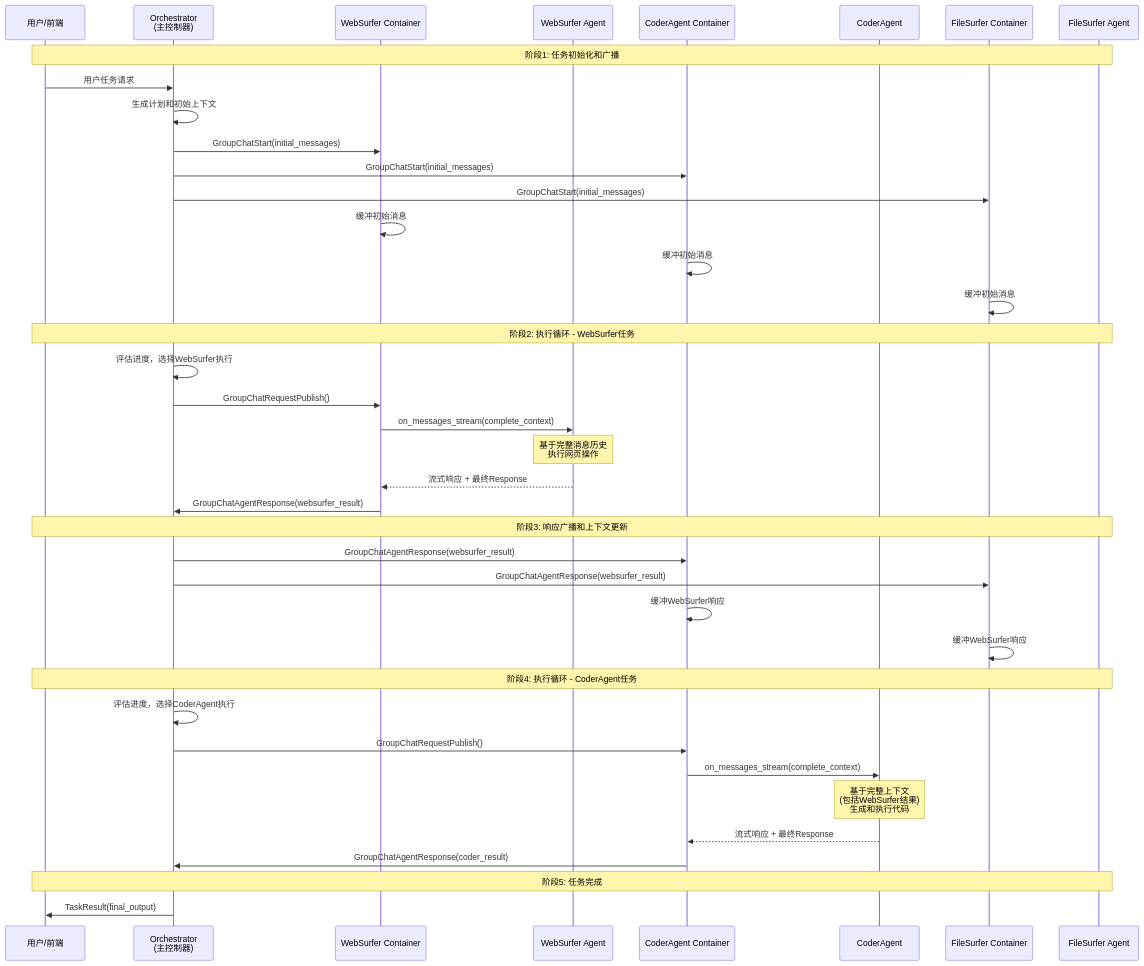
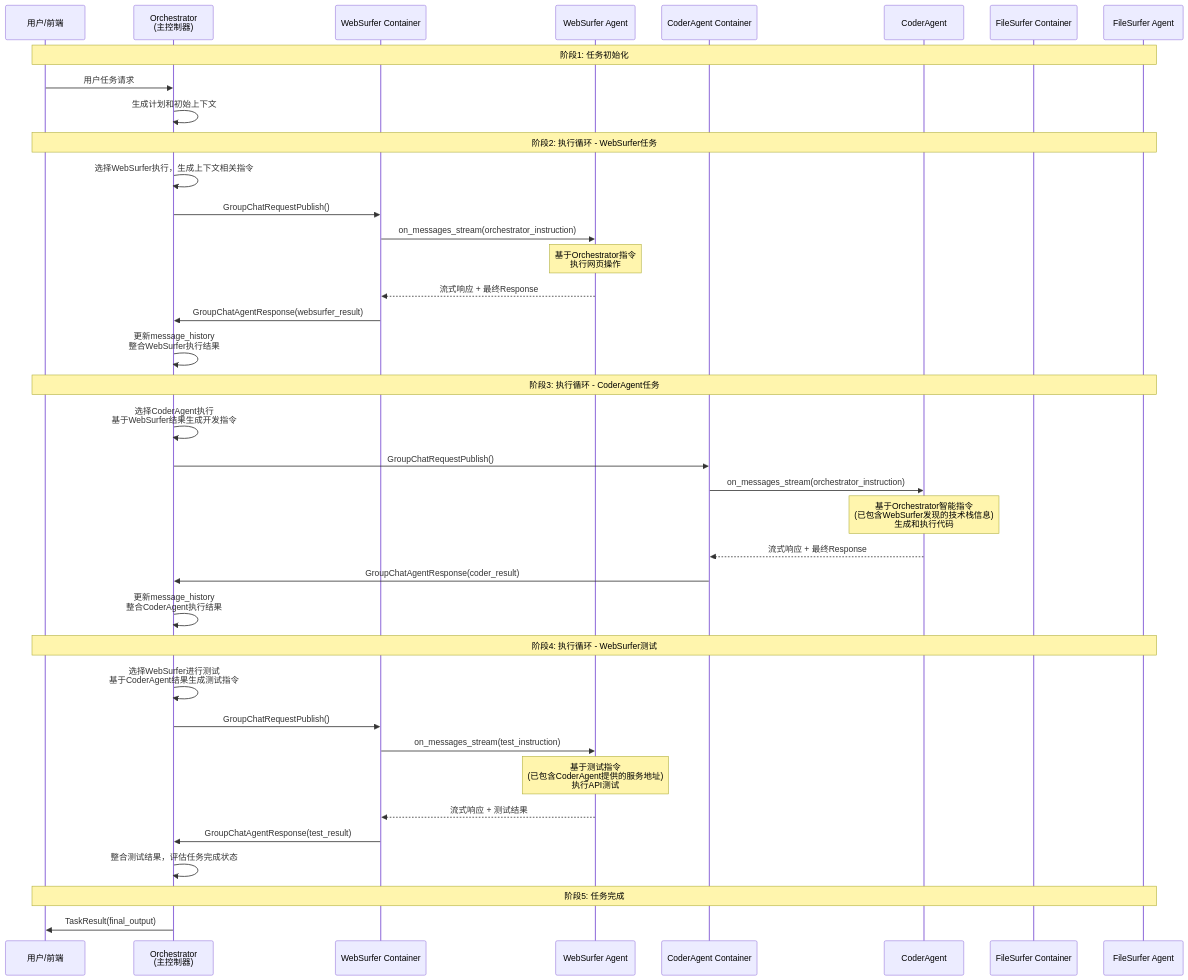
One commit to DrWrong/magentic-ui changed the sixth of 12 diagrams in magentic-ui-tech-sharing.md. Above: the diagram before and after it, drawn with Mermaid. The commit also changed other lines of this file, not shown here.

````diff
--- a/magentic-ui-tech-sharing.md
+++ b/magentic-ui-tech-sharing.md
@@ -757,53 +757,51 @@
 ```mermaid
 sequenceDiagram
     participant User as 用户/前端
     participant Orch as Orchestrator<br/>(主控制器)
     participant WSC as WebSurfer Container
     participant WS as WebSurfer Agent
     participant CC as CoderAgent Container  
     participant CA as CoderAgent
     participant FSC as FileSurfer Container
     participant FS as FileSurfer Agent
     
-    Note over User,FS: 阶段1: 任务初始化和广播
+    Note over User,FS: 阶段1: 任务初始化
     User->>Orch: 用户任务请求
     Orch->>Orch: 生成计划和初始上下文
     
-    Orch->>WSC: GroupChatStart(initial_messages)
-    Orch->>CC: GroupChatStart(initial_messages)
-    Orch->>FSC: GroupChatStart(initial_messages)
-    
-    WSC->>WSC: 缓冲初始消息
-    CC->>CC: 缓冲初始消息  
-    FSC->>FSC: 缓冲初始消息
-    
     Note over User,FS: 阶段2: 执行循环 - WebSurfer任务
-    Orch->>Orch: 评估进度，选择WebSurfer执行
+    Orch->>Orch: 选择WebSurfer执行，生成上下文相关指令
     Orch->>WSC: GroupChatRequestPublish()
     
-    WSC->>WS: on_messages_stream(complete_context)
-    Note over WS: 基于完整消息历史<br/>执行网页操作
+    WSC->>WS: on_messages_stream(orchestrator_instruction)
+    Note over WS: 基于Orchestrator指令<br/>执行网页操作
     WS-->>WSC: 流式响应 + 最终Response
     
     WSC->>Orch: GroupChatAgentResponse(websurfer_result)
+    Orch->>Orch: 更新message_history<br/>整合WebSurfer执行结果
     
-    Note over User,FS: 阶段3: 响应广播和上下文更新
-    Orch->>CC: GroupChatAgentResponse(websurfer_result)
-    Orch->>FSC: GroupChatAgentResponse(websurfer_result)
-    
-    CC->>CC: 缓冲WebSurfer响应
-    FSC->>FSC: 缓冲WebSurfer响应
-    
-    Note over User,FS: 阶段4: 执行循环 - CoderAgent任务
-    Orch->>Orch: 评估进度，选择CoderAgent执行
+    Note over User,FS: 阶段3: 执行循环 - CoderAgent任务
+    Orch->>Orch: 选择CoderAgent执行<br/>基于WebSurfer结果生成开发指令
     Orch->>CC: GroupChatRequestPublish()
     
-    CC->>CA: on_messages_stream(complete_context)
-    Note over CA: 基于完整上下文<br/>(包括WebSurfer结果)<br/>生成和执行代码
+    CC->>CA: on_messages_stream(orchestrator_instruction)
+    Note over CA: 基于Orchestrator智能指令<br/>(已包含WebSurfer发现的技术栈信息)<br/>生成和执行代码
     CA-->>CC: 流式响应 + 最终Response
     
     CC->>Orch: GroupChatAgentResponse(coder_result)
+    Orch->>Orch: 更新message_history<br/>整合CoderAgent执行结果
+    
+    Note over User,FS: 阶段4: 执行循环 - WebSurfer测试
+    Orch->>Orch: 选择WebSurfer进行测试<br/>基于CoderAgent结果生成测试指令
+    Orch->>WSC: GroupChatRequestPublish()
+    
+    WSC->>WS: on_messages_stream(test_instruction)
+    Note over WS: 基于测试指令<br/>(已包含CoderAgent提供的服务地址)<br/>执行API测试
+    WS-->>WSC: 流式响应 + 测试结果
+    
+    WSC->>Orch: GroupChatAgentResponse(test_result)
+    Orch->>Orch: 整合测试结果，评估任务完成状态
     
     Note over User,FS: 阶段5: 任务完成
     Orch->>User: TaskResult(final_output)
 ```
````
